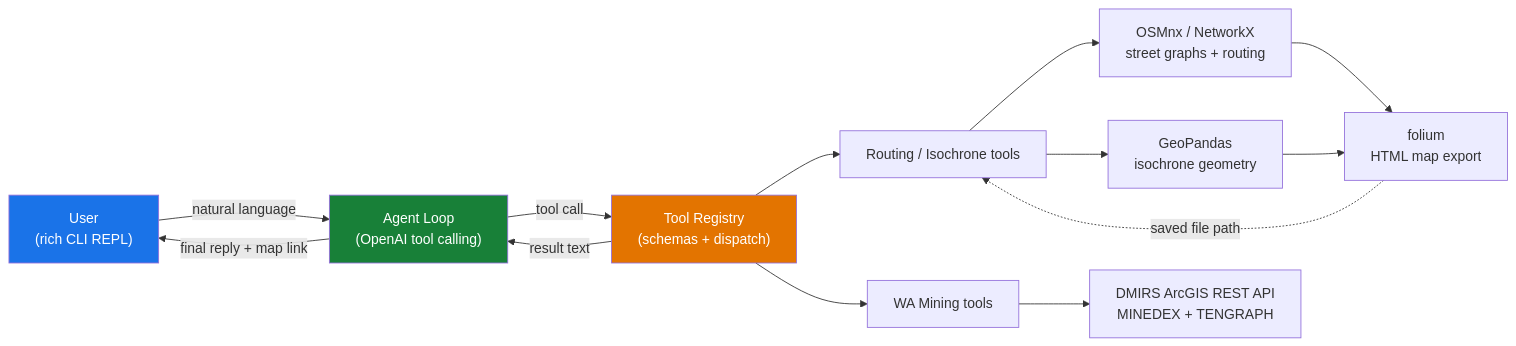
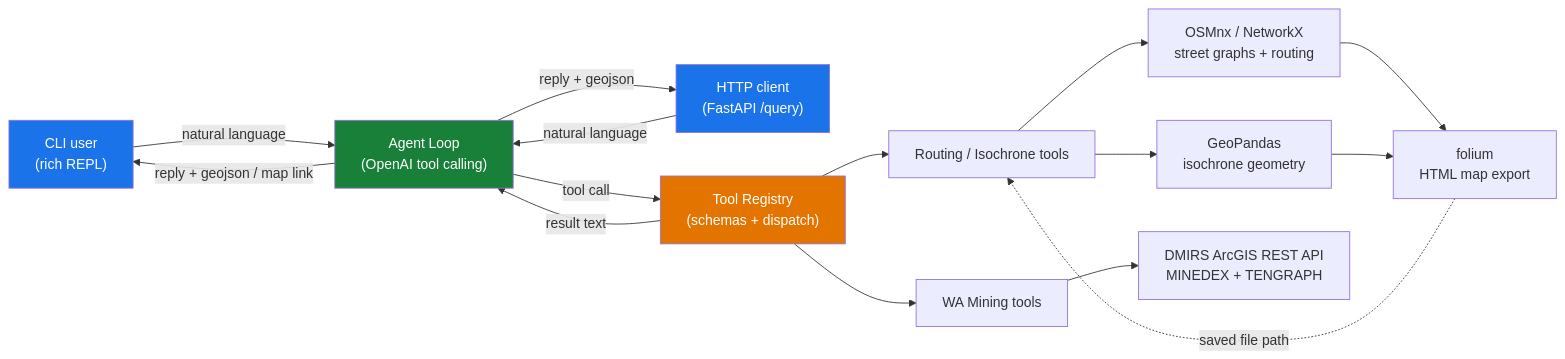
Before and after one commit to atharvadalvii/wa-mining-agent: the diagram in README.md, drawn with Mermaid. The commit also changed other lines of this file and 7 other files, not shown here.

Commit message:
Add FastAPI microservice endpoint with GeoJSON responses (Step 4)

````diff
--- a/README.md
+++ b/README.md
@@ -45,23 +45,26 @@
 ```mermaid
 flowchart LR
-    U["User<br/>(rich CLI REPL)"] -->|natural language| L["Agent Loop<br/>(OpenAI tool calling)"]
-    L -->|final reply + map link| U
+    U1["CLI user<br/>(rich REPL)"] -->|natural language| L["Agent Loop<br/>(OpenAI tool calling)"]
+    U2["HTTP client<br/>(FastAPI /query)"] -->|natural language| L
+    L -->|reply + geojson / map link| U1
+    L -->|reply + geojson| U2
 
     L -->|tool call| REG["Tool Registry<br/>(schemas + dispatch)"]
     REG -->|result text| L
 
     REG --> RT["Routing / Isochrone tools"]
     REG --> MT["WA Mining tools"]
 
     RT --> OSM["OSMnx / NetworkX<br/>street graphs + routing"]
     RT --> GPD["GeoPandas<br/>isochrone geometry"]
     OSM --> MAP["folium<br/>HTML map export"]
     GPD --> MAP
     MAP -.->|saved file path| RT
 
     MT --> DMIRS["DMIRS ArcGIS REST API<br/>MINEDEX + TENGRAPH"]
 
-    style U fill:#1a73e8,color:#fff
+    style U1 fill:#1a73e8,color:#fff
+    style U2 fill:#1a73e8,color:#fff
     style L fill:#188038,color:#fff
     style REG fill:#e37400,color:#fff
 ```
````
